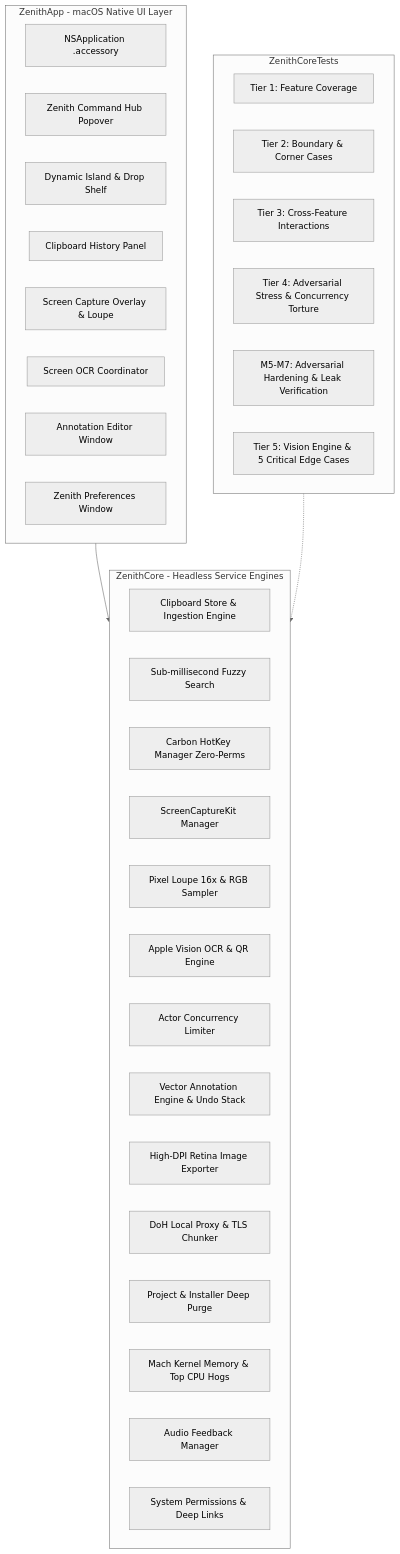
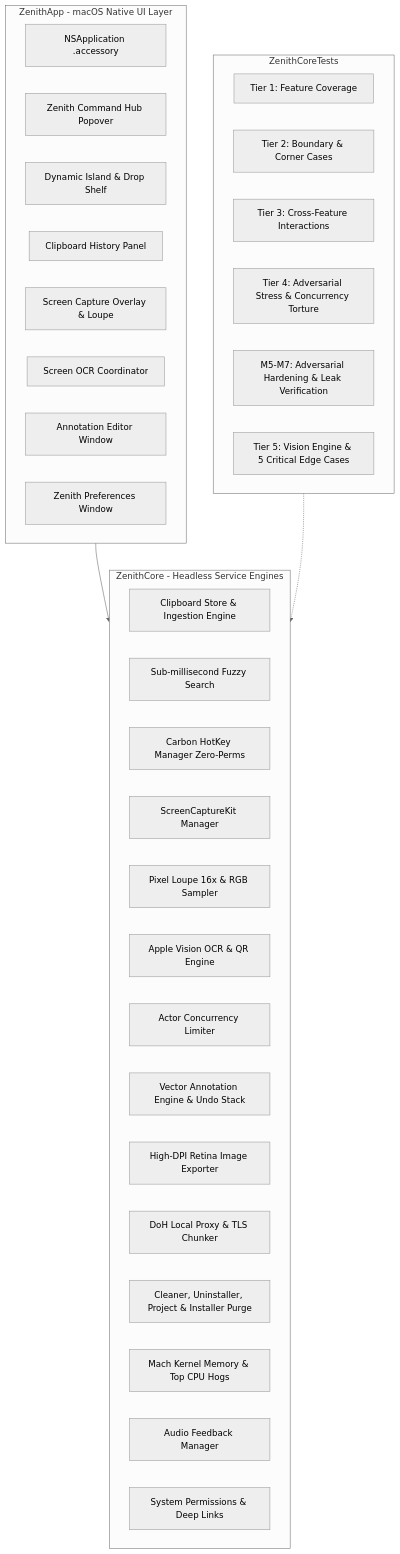
Before and after one commit to mynameisbat/zenith-macos: the diagram in README.md, drawn with Mermaid (neutral theme). The commit also changed other lines of this file and 1 other file, not shown here.

````diff
--- a/README.md
+++ b/README.md
@@ -208,42 +220,42 @@
 ```mermaid
 graph TD
     subgraph UI_Layer [ZenithApp - macOS Native UI Layer]
         NSApp[NSApplication .accessory]
         MenuHub[Zenith Command Hub Popover]
         NotchHUD[Dynamic Island & Drop Shelf]
         ClipPanel[Clipboard History Panel]
         CapOverlay[Screen Capture Overlay & Loupe]
         OCRCoordinator[Screen OCR Coordinator]
         AnnotWin[Annotation Editor Window]
         PrefWin[Zenith Preferences Window]
     end
 
     subgraph Core_Layer [ZenithCore - Headless Service Engines]
         ClipStore[Clipboard Store & Ingestion Engine]
         FuzzySearch[Sub-millisecond Fuzzy Search]
         HotKeys[Carbon HotKey Manager Zero-Perms]
         SCKit[ScreenCaptureKit Manager]
         Loupe[Pixel Loupe 16x & RGB Sampler]
         VisionEngine[Apple Vision OCR & QR Engine]
         VisionLimiter[Actor Concurrency Limiter]
         AnnotEngine[Vector Annotation Engine & Undo Stack]
         ExportService[High-DPI Retina Image Exporter]
         DoHProxy[DoH Local Proxy & TLS Chunker]
-        PurgeService[Project & Installer Deep Purge]
+        PurgeService[Cleaner, Uninstaller, Project & Installer Purge]
         Telemetry[Mach Kernel Memory & Top CPU Hogs]
         AudioMgr[Audio Feedback Manager]
         Perms[System Permissions & Deep Links]
     end
 
     subgraph Test_Layer [ZenithCoreTests]
         T1[Tier 1: Feature Coverage]
         T2[Tier 2: Boundary & Corner Cases]
         T3[Tier 3: Cross-Feature Interactions]
         T4[Tier 4: Adversarial Stress & Concurrency Torture]
         T5[M5-M7: Adversarial Hardening & Leak Verification]
         T6[Tier 5: Vision Engine & 5 Critical Edge Cases]
     end
 
     UI_Layer --> Core_Layer
     Test_Layer -.-> Core_Layer
 ```
````
